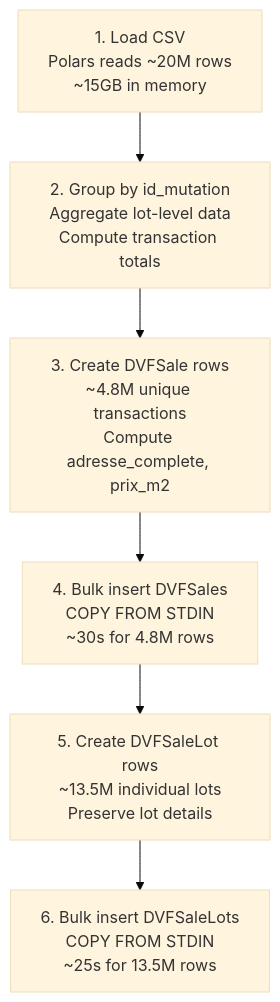
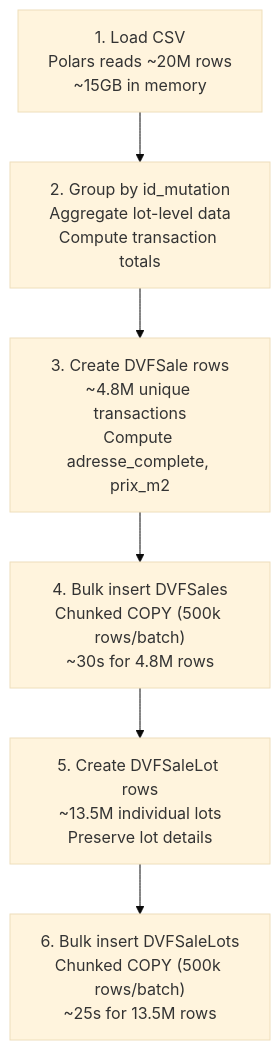
One commit to benjamin-karaoglan/AppArtAgent changed the diagram in docs/backend/dvf-data.md. Above: the diagram before and after it, drawn with Mermaid (base theme). The commit also changed other lines of this file and 9 other files, not shown here.

````diff
--- a/docs/backend/dvf-data.md
+++ b/docs/backend/dvf-data.md
@@ -142,9 +143,9 @@
 ```mermaid
 flowchart TD
     A["1. Load CSV<br/>Polars reads ~20M rows<br/>~15GB in memory"] --> B
     B["2. Group by id_mutation<br/>Aggregate lot-level data<br/>Compute transaction totals"] --> C
     C["3. Create DVFSale rows<br/>~4.8M unique transactions<br/>Compute adresse_complete, prix_m2"] --> D
-    D["4. Bulk insert DVFSales<br/>COPY FROM STDIN<br/>~30s for 4.8M rows"] --> E
+    D["4. Bulk insert DVFSales<br/>Chunked COPY (500k rows/batch)<br/>~30s for 4.8M rows"] --> E
     E["5. Create DVFSaleLot rows<br/>~13.5M individual lots<br/>Preserve lot details"] --> F
-    F["6. Bulk insert DVFSaleLots<br/>COPY FROM STDIN<br/>~25s for 13.5M rows"]
+    F["6. Bulk insert DVFSaleLots<br/>Chunked COPY (500k rows/batch)<br/>~25s for 13.5M rows"]
 ```
````
